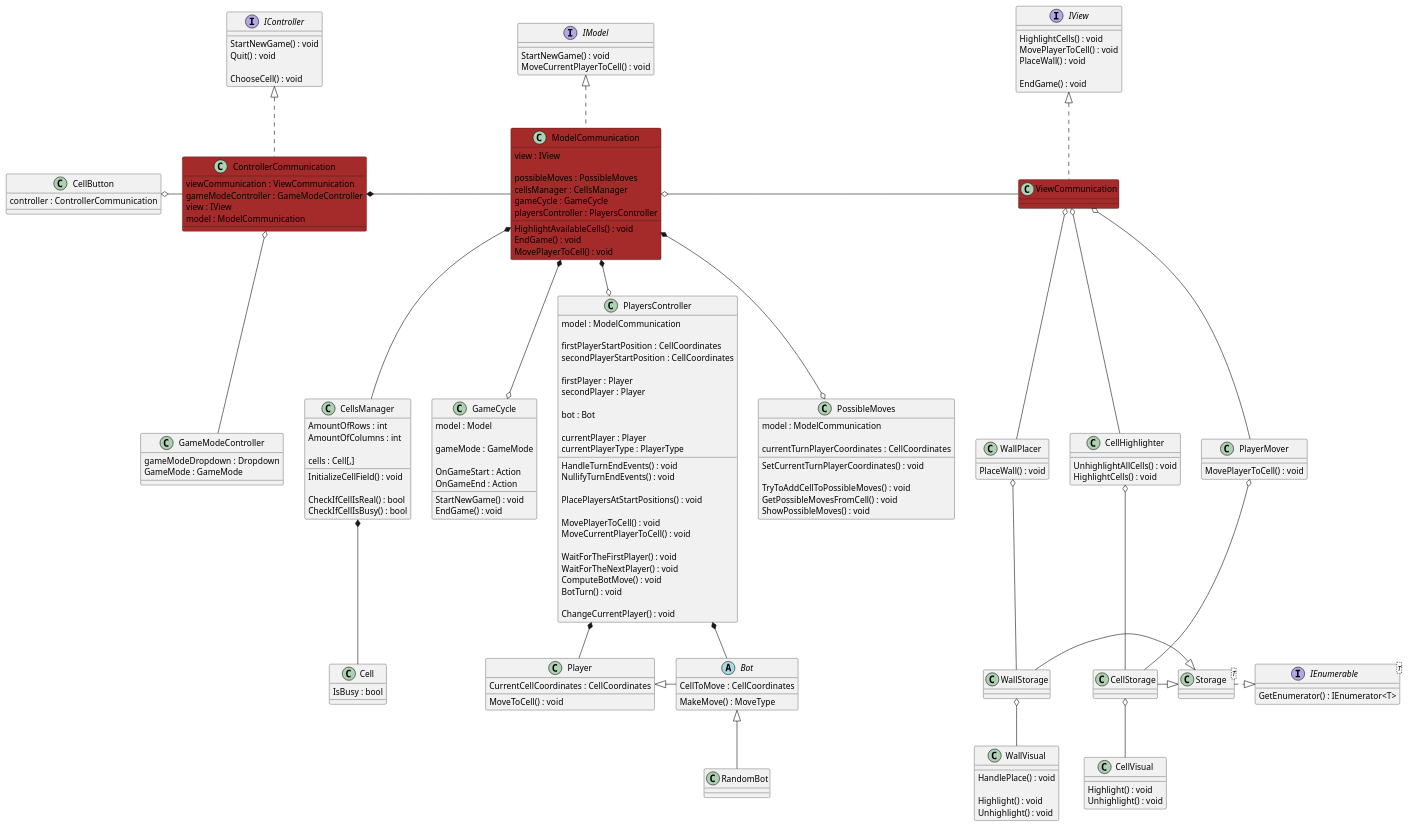
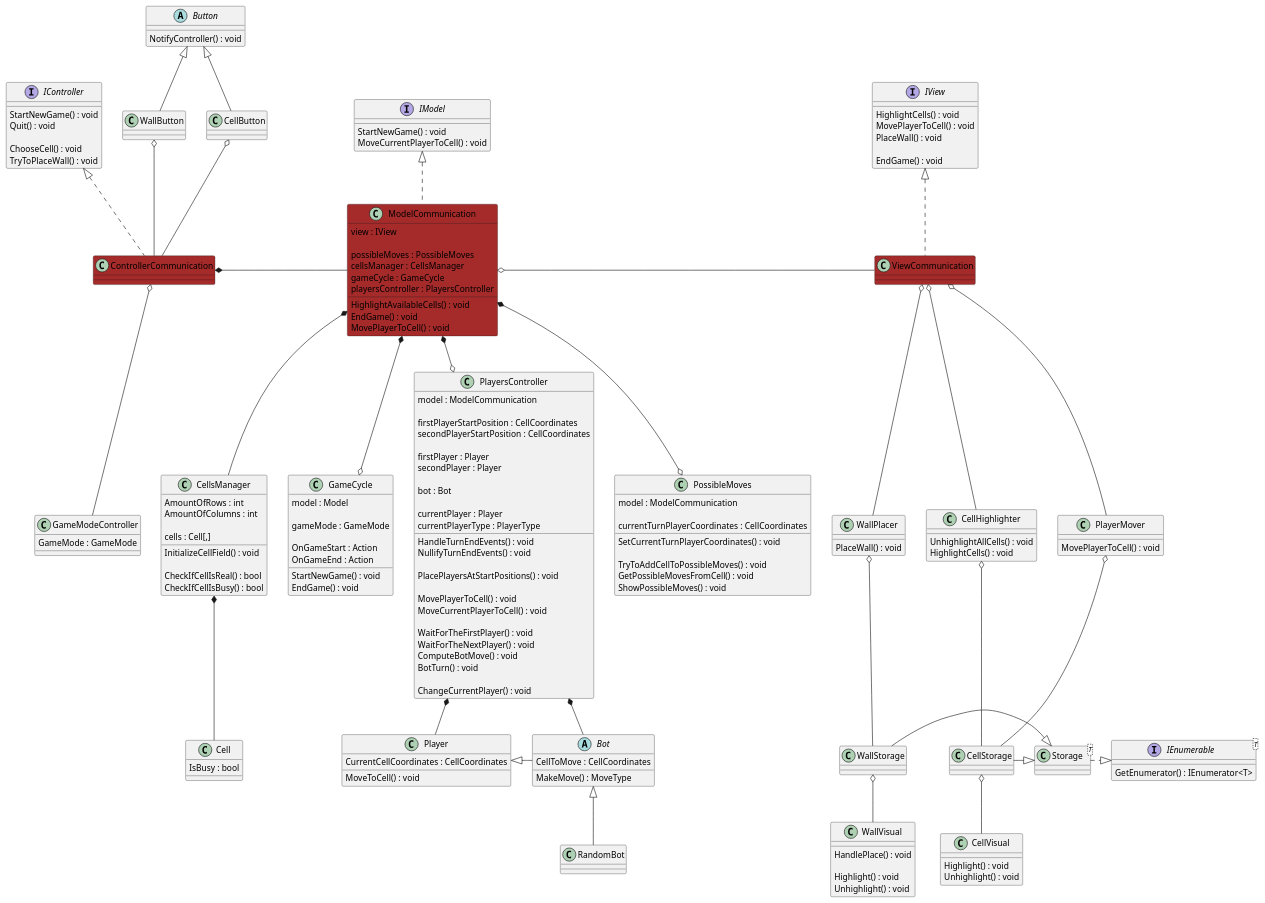
One commit to snyk04/quoridor changed the diagram in Quoridor/Assets/Diagrams/diagram.puml. Above: the diagram before and after it, drawn with PlantUML. The commit also changed 6 other files, not shown here.

Commit message:
controller refactoring + diagram update

```diff
--- a/Quoridor/Assets/Diagrams/diagram.puml
+++ b/Quoridor/Assets/Diagrams/diagram.puml
@@ -197,31 +197,32 @@
     Quit() : void
     
     ChooseCell() : void
+    TryToPlaceWall() : void
 }
 
 class ControllerCommunication #brown
-{
-    viewCommunication : ViewCommunication
-    gameModeController : GameModeController
-    view : IView
-    model : ModelCommunication
-}
 
 class GameModeController
 {
-    gameModeDropdown : Dropdown
     GameMode : GameMode
 }
+
+abstract class Button
+{
+    NotifyController() : void
+}
 class CellButton
-{
-    controller : ControllerCommunication
-}
+class WallButton
 
 IController <|.. ControllerCommunication
 
 ControllerCommunication *- ModelCommunication
 
 ControllerCommunication o-- GameModeController
-CellButton o- ControllerCommunication
+
+Button <|-- CellButton
+Button <|-- WallButton
+CellButton o-- ControllerCommunication
+WallButton o-- ControllerCommunication
 
 @enduml
```
